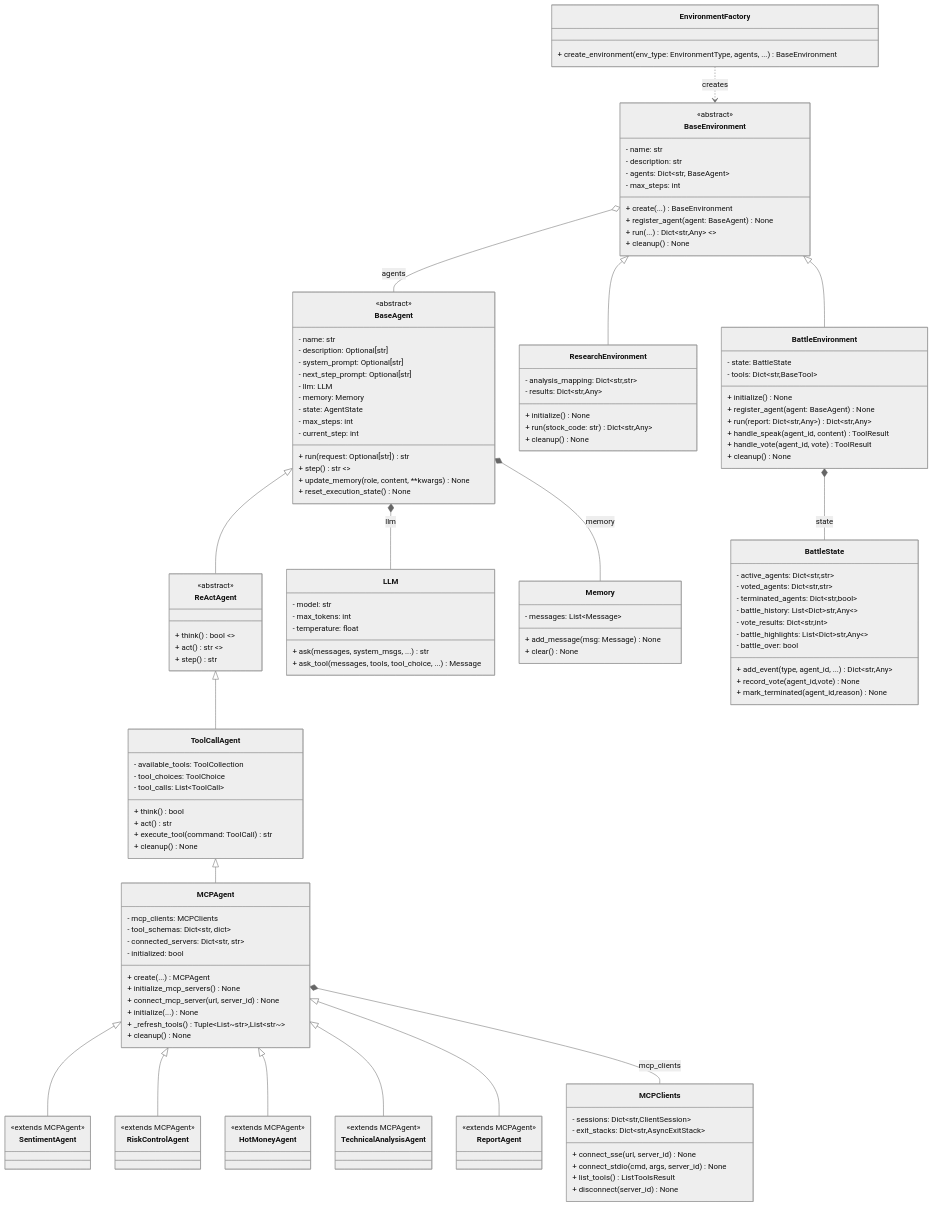
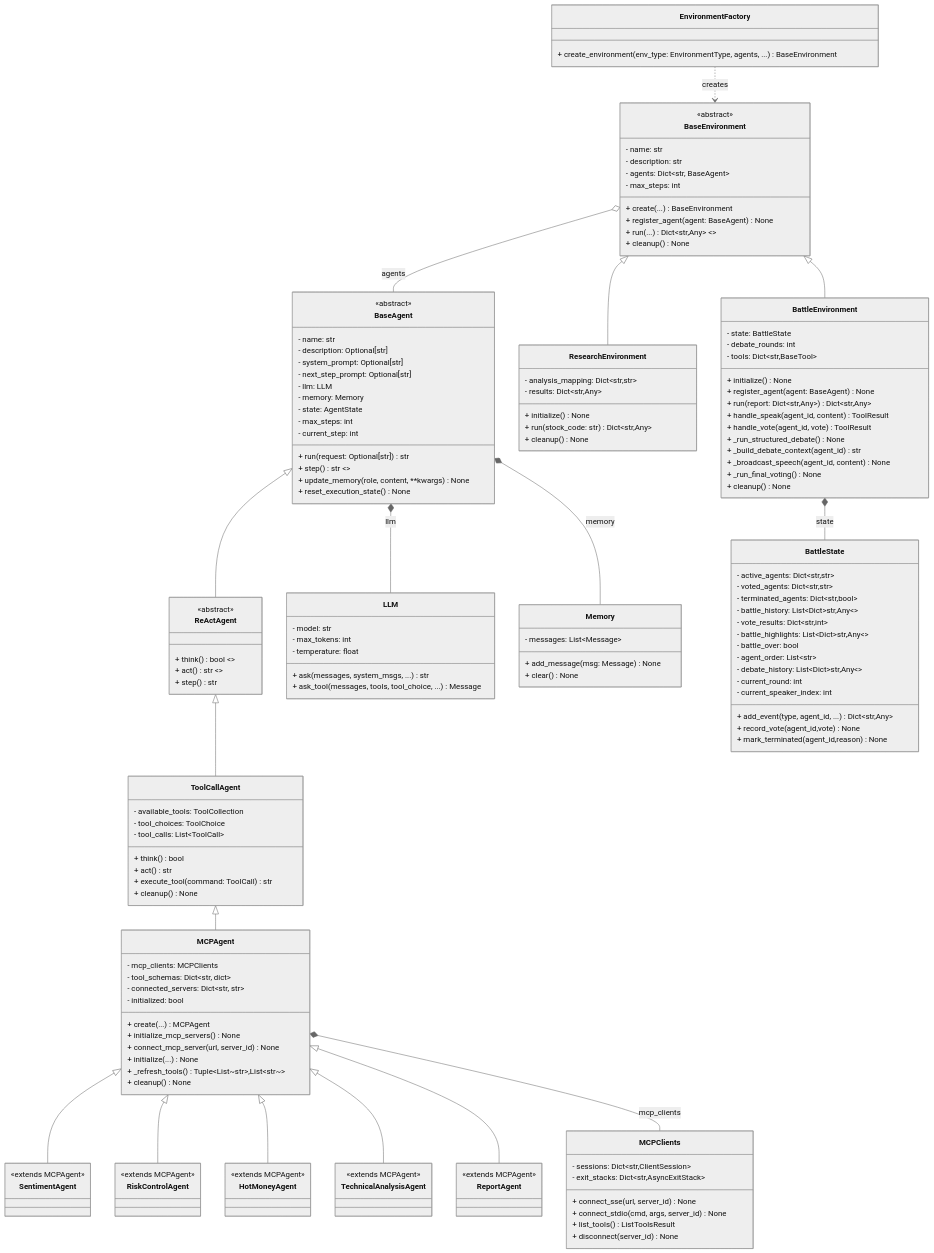
Before and after one commit to yaoyaoxie/FinGenius: the first of 2 diagrams in README.md, drawn with Mermaid (neutral theme). The commit also changed other lines of this file and 37 other files, not shown here.

```diff
--- a/README.md
+++ b/README.md
@@ -242,18 +271,27 @@
         - vote_results: Dict~str,int~
         - battle_highlights: List~Dict~str,Any~~
         - battle_over: bool
+        - agent_order: List~str~
+        - debate_history: List~Dict~str,Any~~
+        - current_round: int
+        - current_speaker_index: int
         + add_event(type, agent_id, ...) Dict~str,Any~
         + record_vote(agent_id,vote) None
         + mark_terminated(agent_id,reason) None
     }
     class BattleEnvironment {
         - state: BattleState
+        - debate_rounds: int
         - tools: Dict~str,BaseTool~
         + initialize() None
         + register_agent(agent: BaseAgent) None
         + run(report: Dict~str,Any~) Dict~str,Any~
         + handle_speak(agent_id, content) ToolResult
         + handle_vote(agent_id, vote) ToolResult
+        + _run_structured_debate() None
+        + _build_debate_context(agent_id) str
+        + _broadcast_speech(agent_id, content) None
+        + _run_final_voting() None
         + cleanup() None
     }
     class EnvironmentFactory {
```
